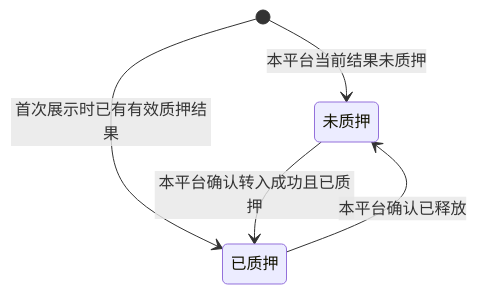
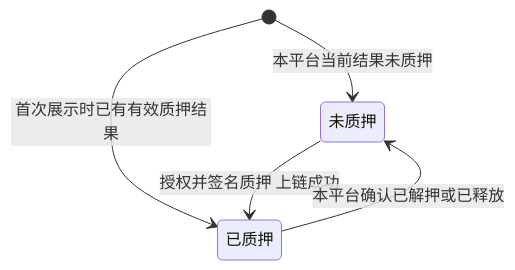
One commit to wxblockchain/Chain-Financing changed the fifth of 15 diagrams in lending-platform/PRD/面客端/09-我的控制台/02-我的控制台-流程图与状态机.md. Above: the diagram before and after it, drawn with Mermaid. The commit also changed other lines of this file and 5 other files, not shown here.

First line of the commit message:
prd(WS-450): console follows the on-chain flow; approvals list; disbursement info on repayment list

````diff
--- a/lending-platform/PRD/面客端/09-我的控制台/02-我的控制台-流程图与状态机.md
+++ b/lending-platform/PRD/面客端/09-我的控制台/02-我的控制台-流程图与状态机.md
@@ -142,9 +149,9 @@
 ```mermaid
 stateDiagram-v2
   state "未质押" as NotPledged
   state "已质押" as Pledged
   [*] --> NotPledged: 本平台当前结果未质押
   [*] --> Pledged: 首次展示时已有有效质押结果
-  NotPledged --> Pledged: 本平台确认转入成功且已质押
-  Pledged --> NotPledged: 本平台确认已释放
+  NotPledged --> Pledged: 授权并签名质押 上链成功
+  Pledged --> NotPledged: 本平台确认已解押或已释放
 ```
````
